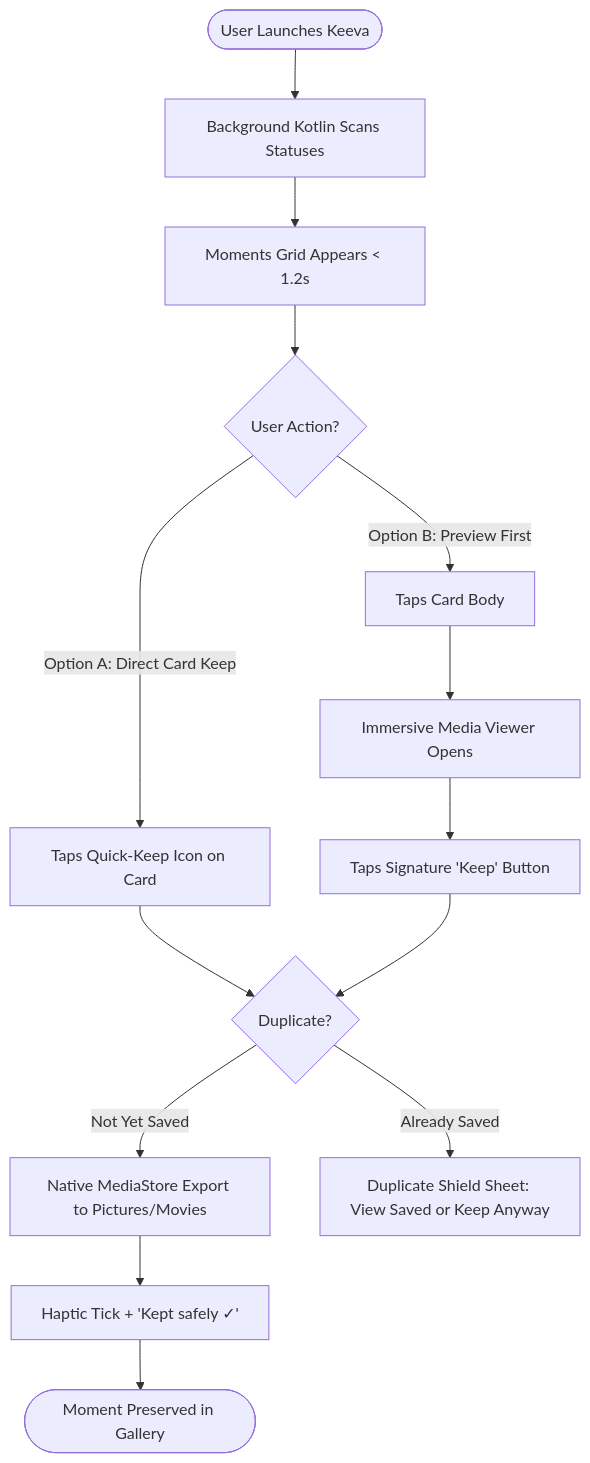
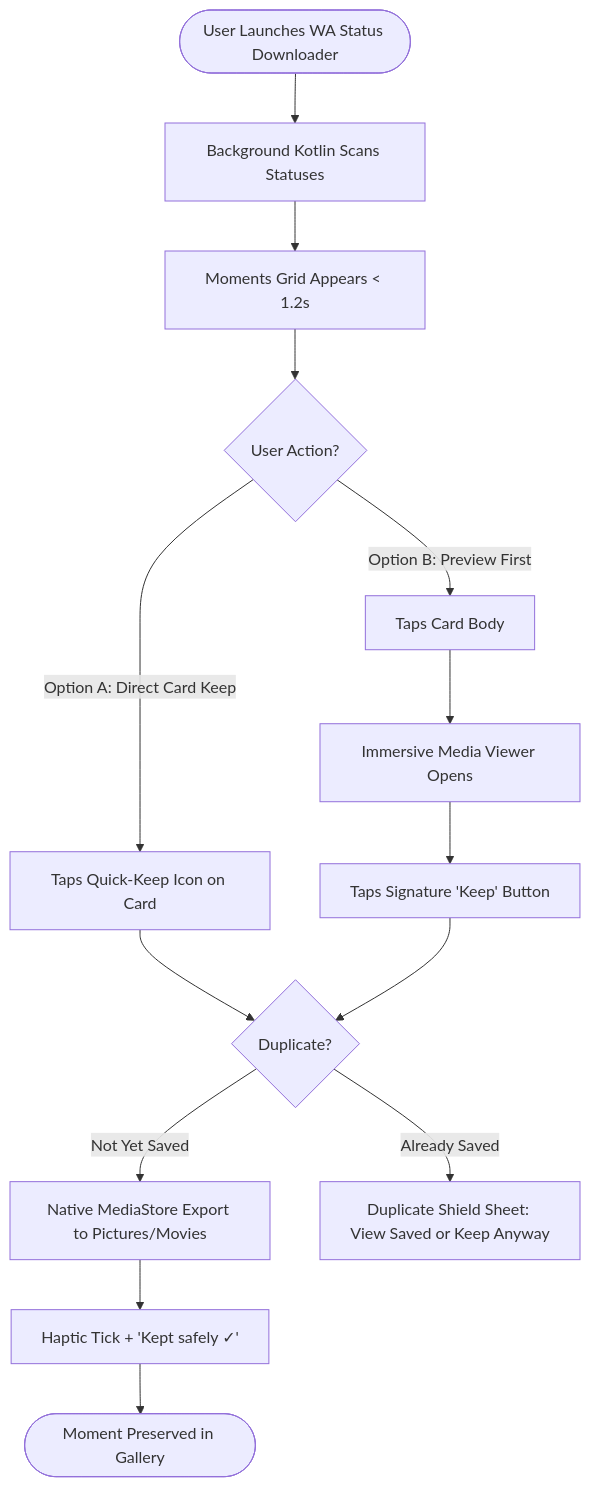
One commit to shahiddgk/wastatusdownloader changed the second of 7 diagrams in docs/design/user-flows.md. Above: the diagram before and after it, drawn with Mermaid. The commit also changed other lines of this file and 261 other files, not shown here.

````diff
--- a/docs/design/user-flows.md
+++ b/docs/design/user-flows.md
@@ -63,21 +63,21 @@
 ```mermaid
 flowchart TD
-    Start([User Launches Keeva]) --> Scan[Background Kotlin Scans Statuses]
+    Start([User Launches WA Status Downloader]) --> Scan[Background Kotlin Scans Statuses]
     Scan --> Grid[Moments Grid Appears < 1.2s]
     Grid --> Decision{User Action?}
     
     Decision -->|Option A: Direct Card Keep| QuickTap[Taps Quick-Keep Icon on Card]
     Decision -->|Option B: Preview First| CardTap[Taps Card Body]
     
     CardTap --> Viewer[Immersive Media Viewer Opens]
     Viewer --> KeepBtn[Taps Signature 'Keep' Button]
     
     QuickTap --> CheckDup{Duplicate?}
     KeepBtn --> CheckDup
     
     CheckDup -->|Not Yet Saved| MediaStore[Native MediaStore Export to Pictures/Movies]
     CheckDup -->|Already Saved| DupShield[Duplicate Shield Sheet: View Saved or Keep Anyway]
     
     MediaStore --> Success[Haptic Tick + 'Kept safely ✓']
     Success --> Done([Moment Preserved in Gallery])
 ```
````
